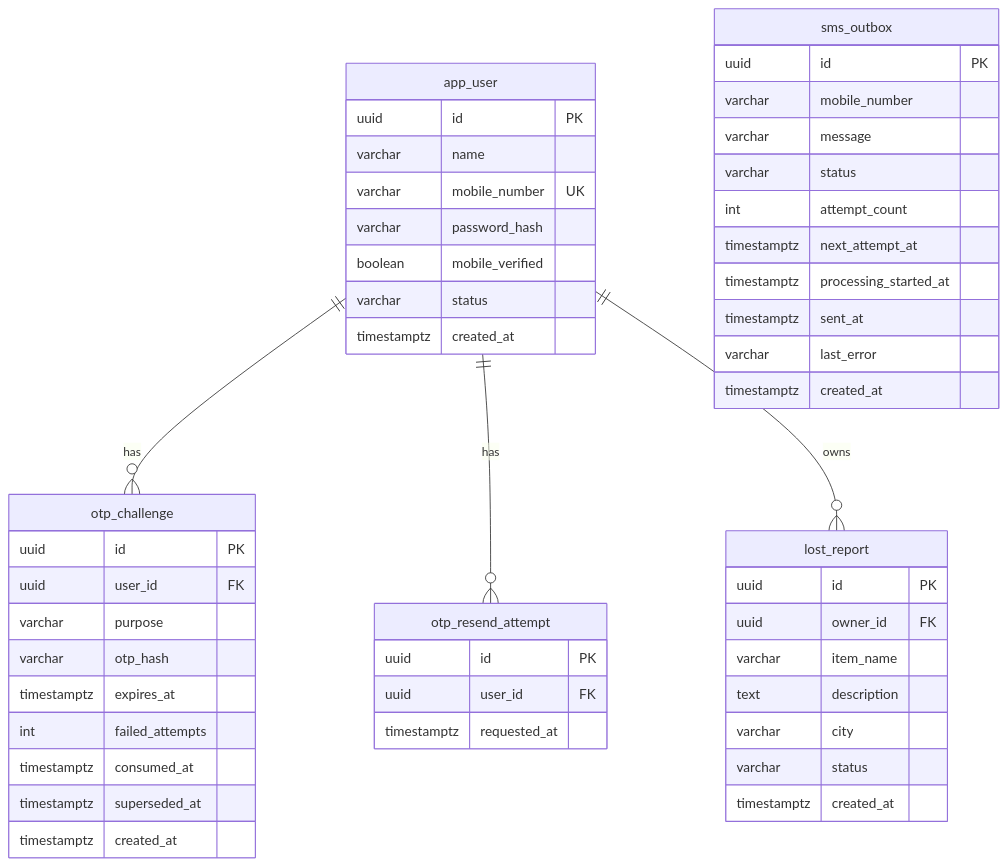
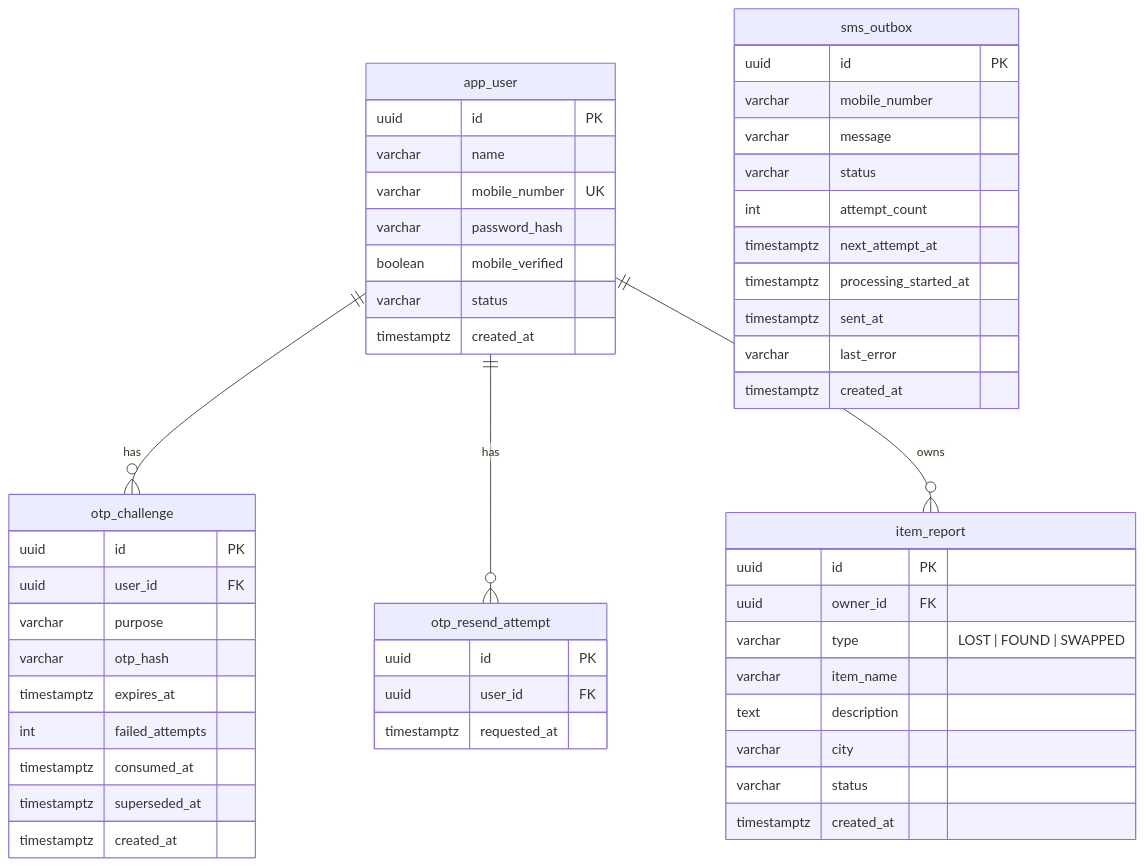
One commit to murali590/milaavo changed the diagram in docs/design/02-data-model.md. Above: the diagram before and after it, drawn with Mermaid. The commit also changed other lines of this file and 4 other files, not shown here.

Commit message:
Document report types and the item_report rename

````diff
--- a/docs/design/02-data-model.md
+++ b/docs/design/02-data-model.md
@@ -7,52 +7,53 @@
 ```mermaid
 erDiagram
     app_user ||--o{ otp_challenge : "has"
     app_user ||--o{ otp_resend_attempt : "has"
-    app_user ||--o{ lost_report : "owns"
+    app_user ||--o{ item_report : "owns"
     app_user {
         uuid id PK
         varchar name
         varchar mobile_number UK
         varchar password_hash
         boolean mobile_verified
         varchar status
         timestamptz created_at
     }
     otp_challenge {
         uuid id PK
         uuid user_id FK
         varchar purpose
         varchar otp_hash
         timestamptz expires_at
         int failed_attempts
         timestamptz consumed_at
         timestamptz superseded_at
         timestamptz created_at
     }
     otp_resend_attempt {
         uuid id PK
         uuid user_id FK
         timestamptz requested_at
     }
     sms_outbox {
         uuid id PK
         varchar mobile_number
         varchar message
         varchar status
         int attempt_count
         timestamptz next_attempt_at
         timestamptz processing_started_at
         timestamptz sent_at
         varchar last_error
         timestamptz created_at
     }
-    lost_report {
+    item_report {
         uuid id PK
         uuid owner_id FK
+        varchar type "LOST | FOUND | SWAPPED"
         varchar item_name
         text description
         varchar city
         varchar status
         timestamptz created_at
     }
 ```
````
